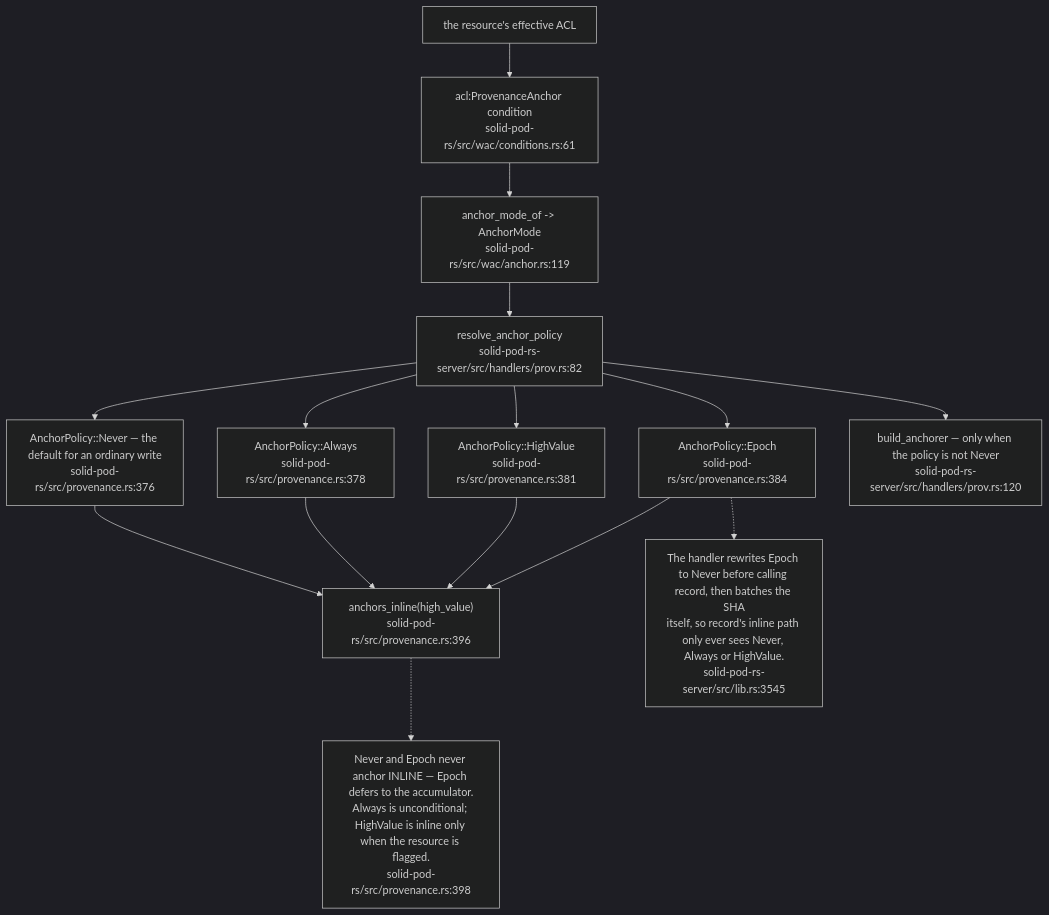
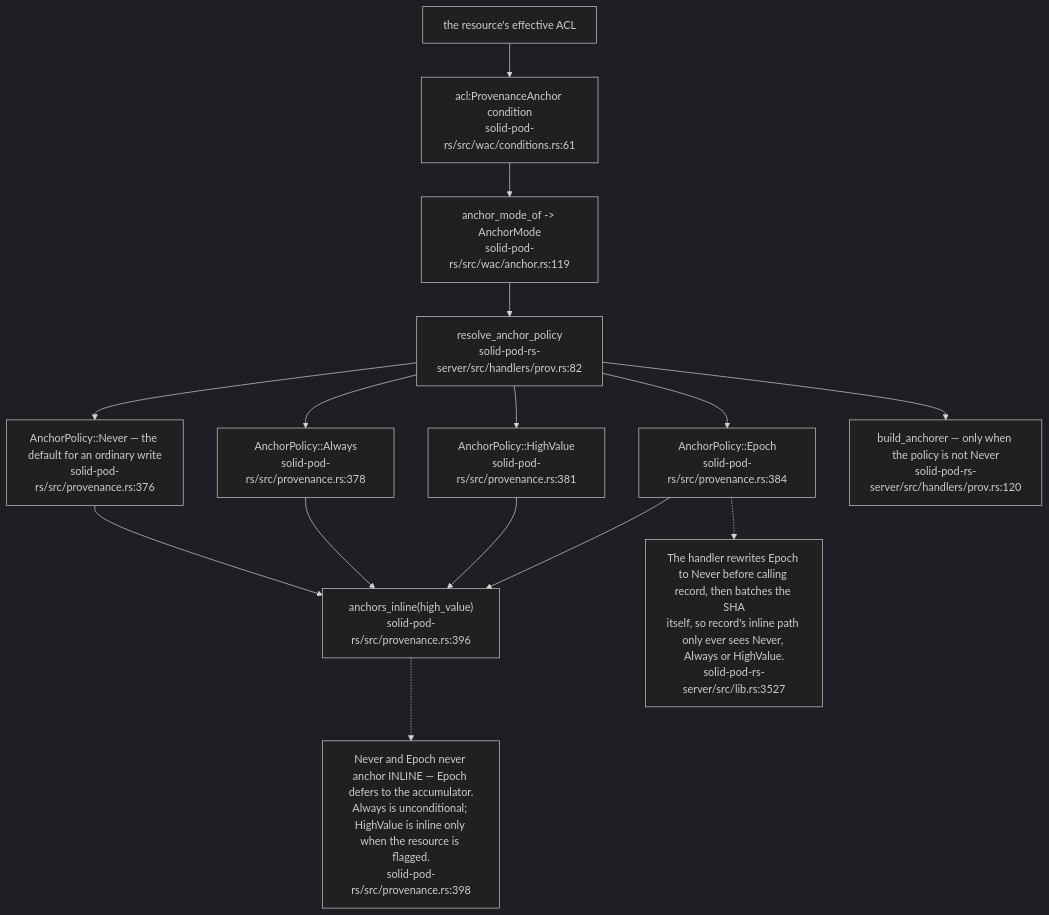
The third of 17 diagrams in docs/diagrams/solid-pod-rs/07-provenance-and-payments.md (DreamLab-AI/VisionFlow), drawn with Mermaid (dark theme) before and after one commit. The commit also changed other lines of this file and 111 other files, not shown here.

Commit message:
docs(diagrams): align estate maps with current source

````diff
--- a/docs/diagrams/solid-pod-rs/07-provenance-and-payments.md
+++ b/docs/diagrams/solid-pod-rs/07-provenance-and-payments.md
@@ -85,29 +85,29 @@
 ```mermaid
 flowchart TD
     ACL["the resource's effective ACL"]
     COND["acl:ProvenanceAnchor condition<br/>solid-pod-rs/src/wac/conditions.rs:61"]
     MODE["anchor_mode_of -> AnchorMode<br/>solid-pod-rs/src/wac/anchor.rs:119"]
     RES["resolve_anchor_policy<br/>solid-pod-rs-server/src/handlers/prov.rs:82"]
     NEVER["AnchorPolicy::Never — the default for an ordinary write<br/>solid-pod-rs/src/provenance.rs:376"]
     ALWAYS["AnchorPolicy::Always<br/>solid-pod-rs/src/provenance.rs:378"]
     HV["AnchorPolicy::HighValue<br/>solid-pod-rs/src/provenance.rs:381"]
     EP["AnchorPolicy::Epoch<br/>solid-pod-rs/src/provenance.rs:384"]
     INLINE["anchors_inline(high_value)<br/>solid-pod-rs/src/provenance.rs:396"]
     BLD["build_anchorer — only when the policy is not Never<br/>solid-pod-rs-server/src/handlers/prov.rs:120"]
 
     ACL --> COND --> MODE --> RES
     RES --> NEVER
     RES --> ALWAYS
     RES --> HV
     RES --> EP
     NEVER --> INLINE
     ALWAYS --> INLINE
     HV --> INLINE
     EP --> INLINE
     RES --> BLD
 
     N["Never and Epoch never anchor INLINE — Epoch defers to the accumulator.<br/>Always is unconditional; HighValue is inline only when the resource is flagged.<br/>solid-pod-rs/src/provenance.rs:398"]
     INLINE -.-> N
-    N2["The handler rewrites Epoch to Never before calling record, then batches the SHA<br/>itself, so record's inline path only ever sees Never, Always or HighValue.<br/>solid-pod-rs-server/src/lib.rs:3545"]
+    N2["The handler rewrites Epoch to Never before calling record, then batches the SHA<br/>itself, so record's inline path only ever sees Never, Always or HighValue.<br/>solid-pod-rs-server/src/lib.rs:3527"]
     EP -.-> N2
 ```
````
